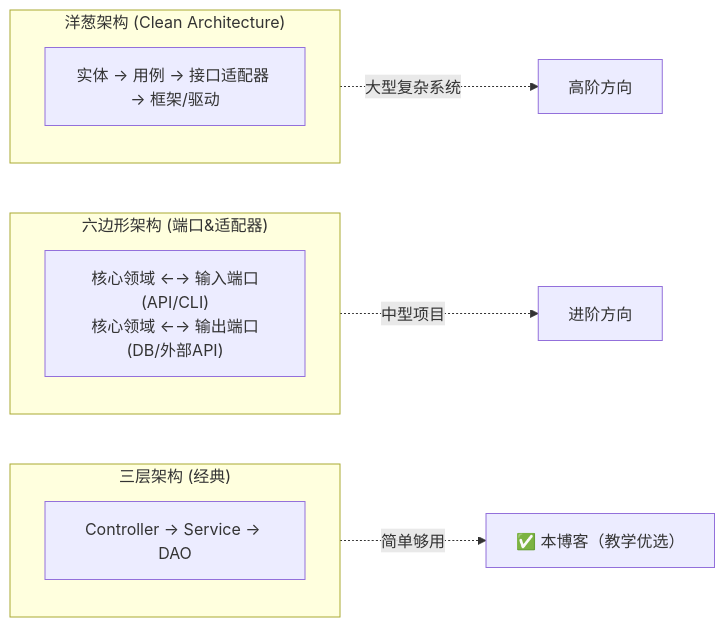
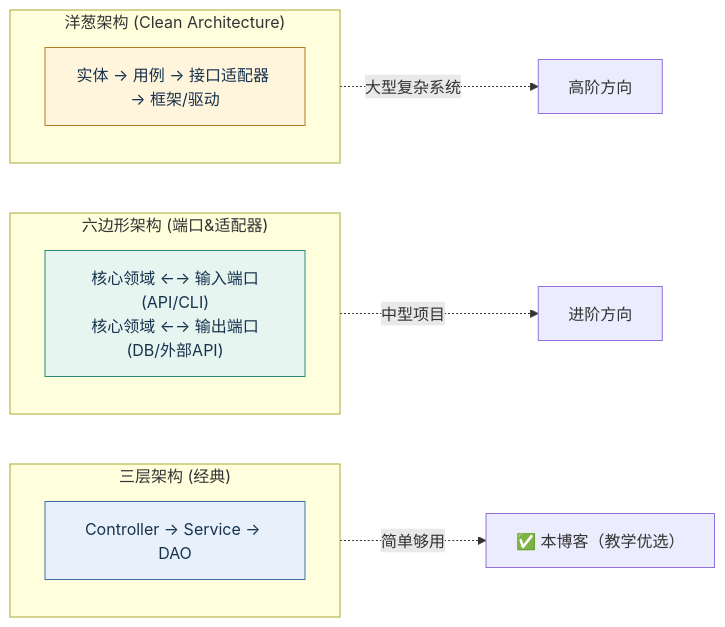
One commit to buffer121328/vibe-coding-and-agents changed the diagram in 06_Trae实战/img/diagrams/06-diagram-03.mmd. Above: the diagram before and after it, drawn with Mermaid. The commit also changed 131 other files, not shown here.

Commit message:
docs: 润色第四至第六章正文与图表

```diff
--- a/06_Trae实战/img/diagrams/06-diagram-03.mmd
+++ b/06_Trae实战/img/diagrams/06-diagram-03.mmd
@@ -1,14 +1,19 @@
 graph LR
     subgraph Layer3Tier ["三层架构 (经典)"]
         L3A["Controller → Service → DAO"]
     end
     subgraph Hex ["六边形架构 (端口&适配器)"]
         H1["核心领域 ←→ 输入端口(API/CLI)\n核心领域 ←→ 输出端口(DB/外部API)"]
     end
     subgraph Onion ["洋葱架构 (Clean Architecture)"]
         O1["实体 → 用例 → 接口适配器 → 框架/驱动"]
     end
 
     Layer3Tier -.->|简单够用| Current["✅ 本博客（教学优选）"]
     Hex -.->|中型项目| Next1["进阶方向"]
     Onion -.->|大型复杂系统| Next2["高阶方向"]
+
+%% Academic palette: restrained blue, teal, gold, violet, and coral accents.
+style L3A fill:#E8F1FB,stroke:#3A6EA5,color:#17324D
+style H1 fill:#E7F5F1,stroke:#2B8A78,color:#17324D
+style O1 fill:#FFF4DC,stroke:#B47A1F,color:#17324D
```
